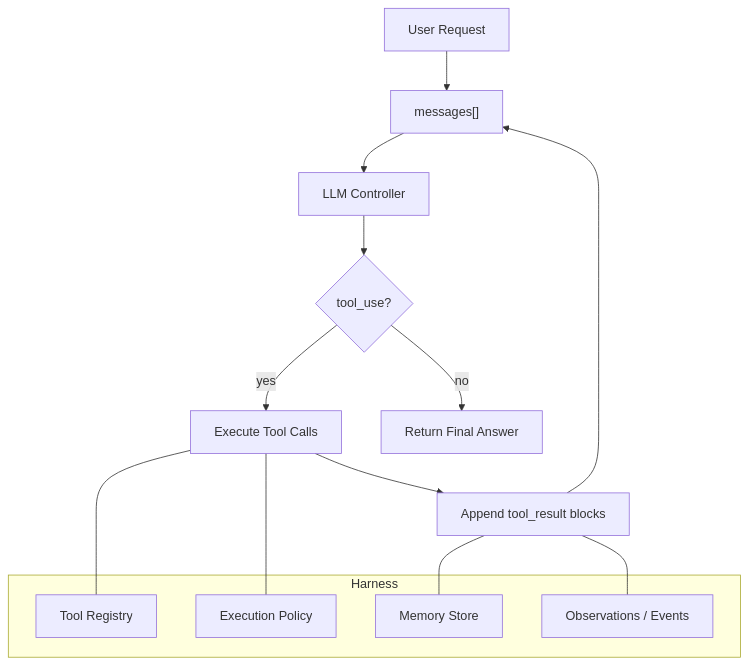
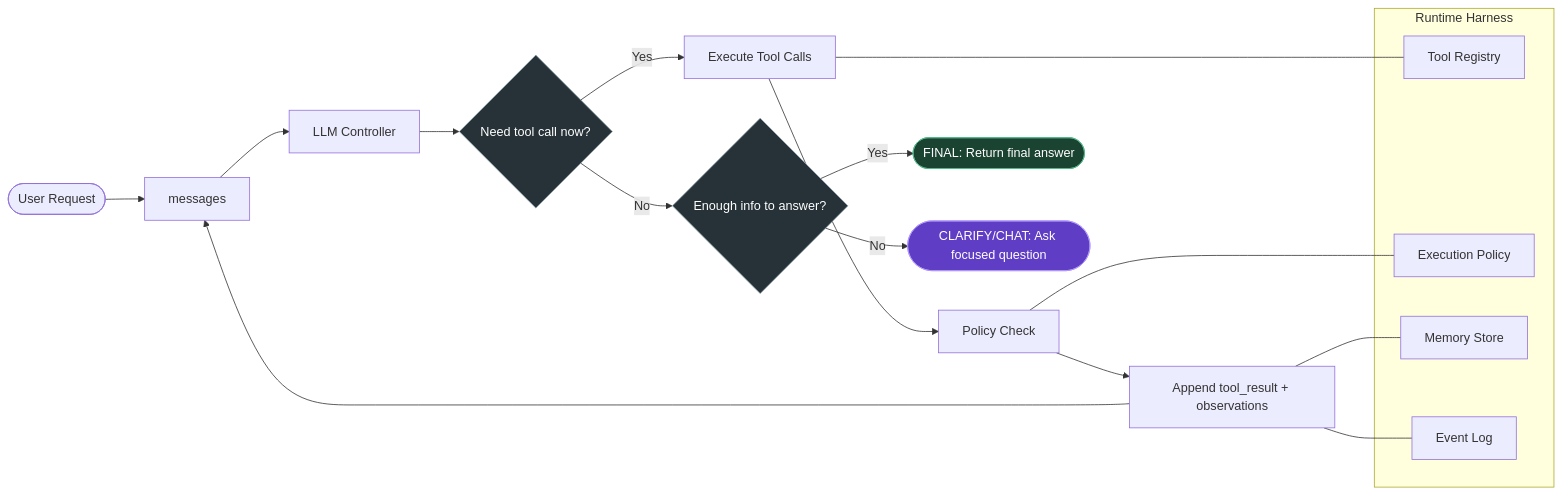
The diagram in README.md (minw1012/multiagents), drawn with Mermaid before and after one commit. The commit also changed other lines of this file, not shown here.

Commit message:
Refine README flowchart with FINAL vs CLARIFY branch

````diff
--- a/README.md
+++ b/README.md
@@ -12,22 +12,34 @@
 ```mermaid
-flowchart TD
-    U[User Request] --> M["messages[]"]
+flowchart LR
+    U([User Request]) --> M["messages"]
     M --> L[LLM Controller]
-    L --> R{tool_use?}
-    R -- yes --> T[Execute Tool Calls]
-    T --> O[Append tool_result blocks]
+    L --> D{Need tool call now?}
+
+    D -- Yes --> T[Execute Tool Calls]
+    T --> P[Policy Check]
+    P --> O[Append tool_result + observations]
     O --> M
-    R -- no --> A[Return Final Answer]
 
-    subgraph Harness
+    D -- No --> J{Enough info to answer?}
+    J -- Yes --> F([FINAL: Return final answer])
+    J -- No --> C([CLARIFY/CHAT: Ask focused question])
+
+    subgraph Runtime Harness
         H1[Tool Registry]
         H2[Execution Policy]
         H3[Memory Store]
-        H4[Observations / Events]
+        H4[Event Log]
     end
 
     T --- H1
-    T --- H2
+    P --- H2
     O --- H3
     O --- H4
+
+    classDef decision fill:#263238,stroke:#90a4ae,color:#ffffff;
+    classDef done fill:#1b4332,stroke:#52b788,color:#ffffff;
+    classDef clarify fill:#5f3dc4,stroke:#b197fc,color:#ffffff;
+    class D,J decision;
+    class F done;
+    class C clarify;
 ```
````
